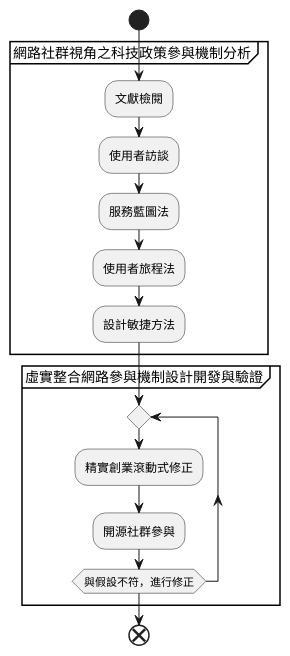
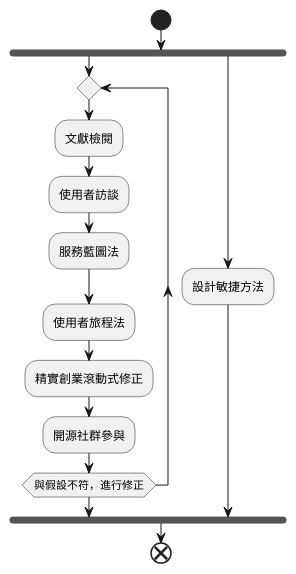
The first of 2 diagrams in report2/README.org (SenseTW/ArrTMDReport), drawn with PlantUML before and after one commit. The commit also changed 2 other files, not shown here.

Commit message:
SAVEPOINT

```diff
--- a/report2/README.org
+++ b/report2/README.org
@@ -164,17 +164,16 @@
- #+BEGIN_SRC plantuml :results none :file research_flow.png
+ #+BEGIN_SRC plantuml :results none :file research_flow.png :cache yes
    start
-   partition 網路社群視角之科技政策參與機制分析 {
-   :文獻檢閱;
-   :使用者訪談;
-   :服務藍圖法;
-   :使用者旅程法;
-   :設計敏捷方法;
-   }
-   partition 虛實整合網路參與機制設計開發與驗證 {
+   fork
        repeat
+       :文獻檢閱;
+       :使用者訪談;
+       :服務藍圖法;
+       :使用者旅程法;
        :精實創業滾動式修正;
        :開源社群參與;
        repeat while (與假設不符，進行修正)
-   }
+   fork again
+      :設計敏捷方法;
+   endfork
    end
  #+END_SRC
```
